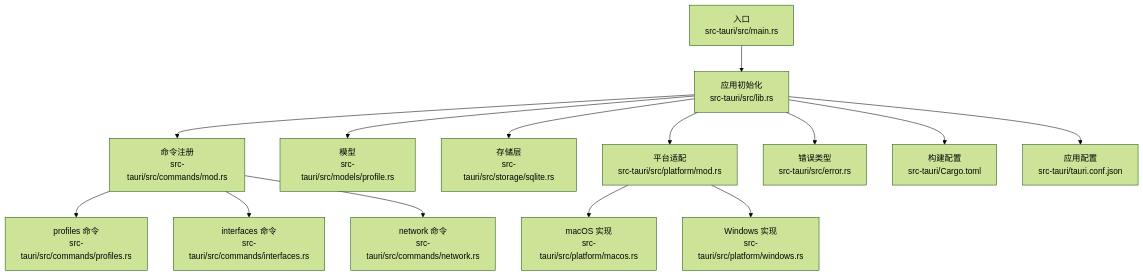
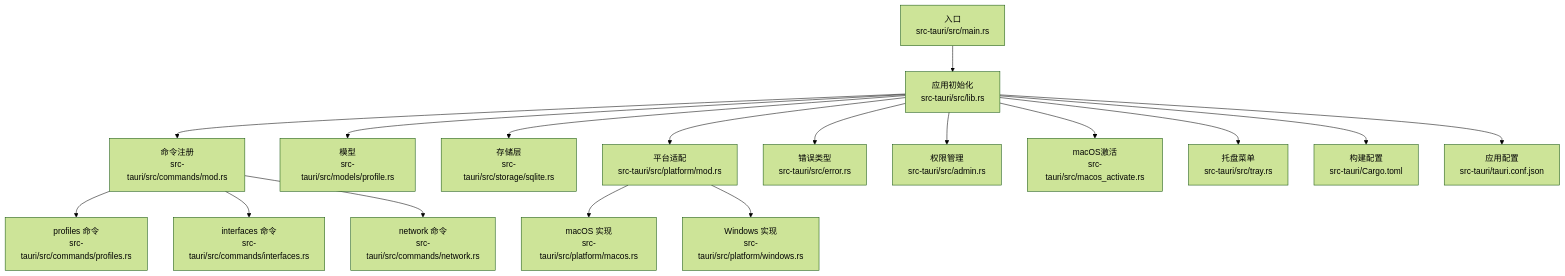
One commit to xdongliang/IPSwitcher changed the first of 6 diagrams in .qoder/repowiki/zh/content/后端开发指南/后端开发指南.md. Above: the diagram before and after it, drawn with Mermaid (forest theme). The commit also changed other lines of this file and 3 other files, not shown here.

````diff
--- a/.qoder/repowiki/zh/content/后端开发指南/后端开发指南.md
+++ b/.qoder/repowiki/zh/content/后端开发指南/后端开发指南.md
@@ -48,16 +62,19 @@
 ```mermaid
 graph TB
 A["入口<br/>src-tauri/src/main.rs"] --> B["应用初始化<br/>src-tauri/src/lib.rs"]
 B --> C["命令注册<br/>src-tauri/src/commands/mod.rs"]
 C --> C1["profiles 命令<br/>src-tauri/src/commands/profiles.rs"]
 C --> C2["interfaces 命令<br/>src-tauri/src/commands/interfaces.rs"]
 C --> C3["network 命令<br/>src-tauri/src/commands/network.rs"]
 B --> D["模型<br/>src-tauri/src/models/profile.rs"]
 B --> E["存储层<br/>src-tauri/src/storage/sqlite.rs"]
 B --> F["平台适配<br/>src-tauri/src/platform/mod.rs"]
 F --> F1["macOS 实现<br/>src-tauri/src/platform/macos.rs"]
 F --> F2["Windows 实现<br/>src-tauri/src/platform/windows.rs"]
 B --> G["错误类型<br/>src-tauri/src/error.rs"]
-B --> H["构建配置<br/>src-tauri/Cargo.toml"]
-B --> I["应用配置<br/>src-tauri/tauri.conf.json"]
+B --> H["权限管理<br/>src-tauri/src/admin.rs"]
+B --> I["macOS激活<br/>src-tauri/src/macos_activate.rs"]
+B --> J["托盘菜单<br/>src-tauri/src/tray.rs"]
+B --> K["构建配置<br/>src-tauri/Cargo.toml"]
+B --> L["应用配置<br/>src-tauri/tauri.conf.json"]
 ```
````
